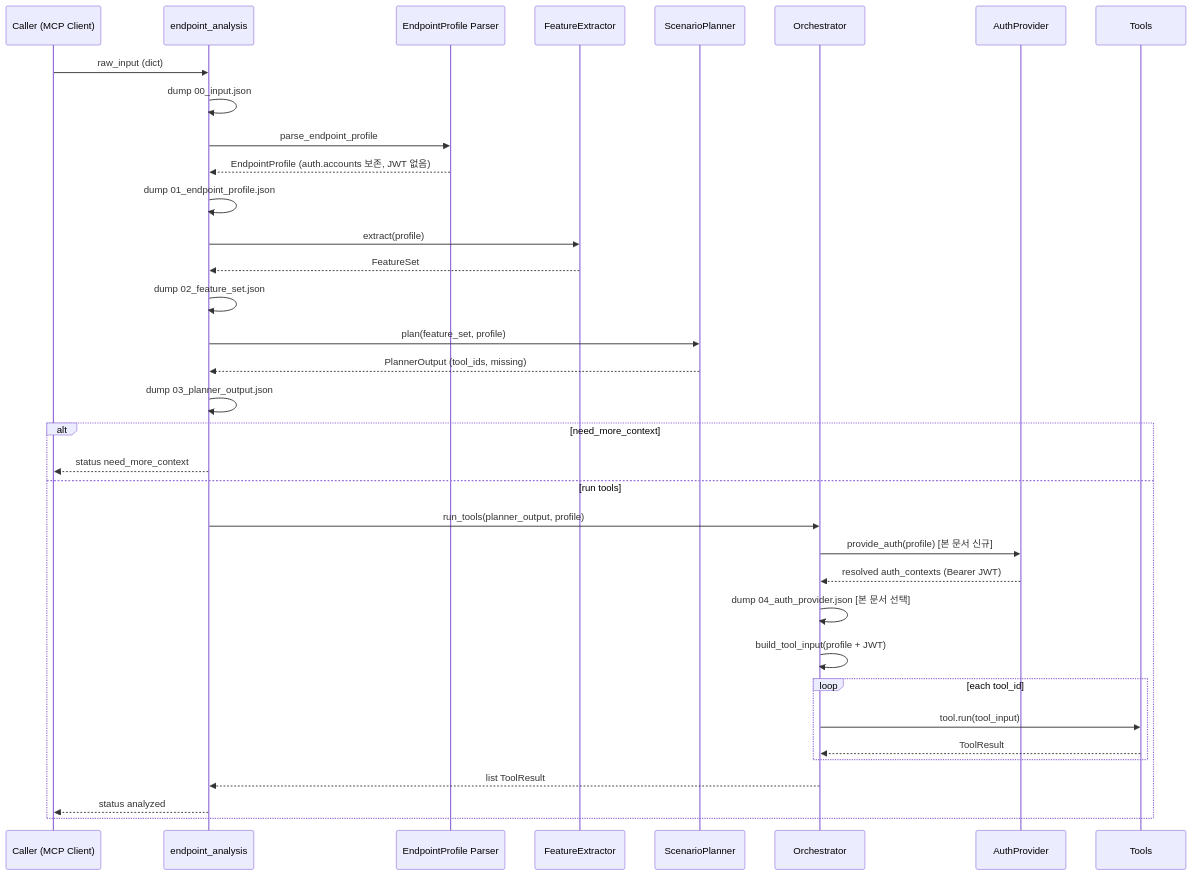
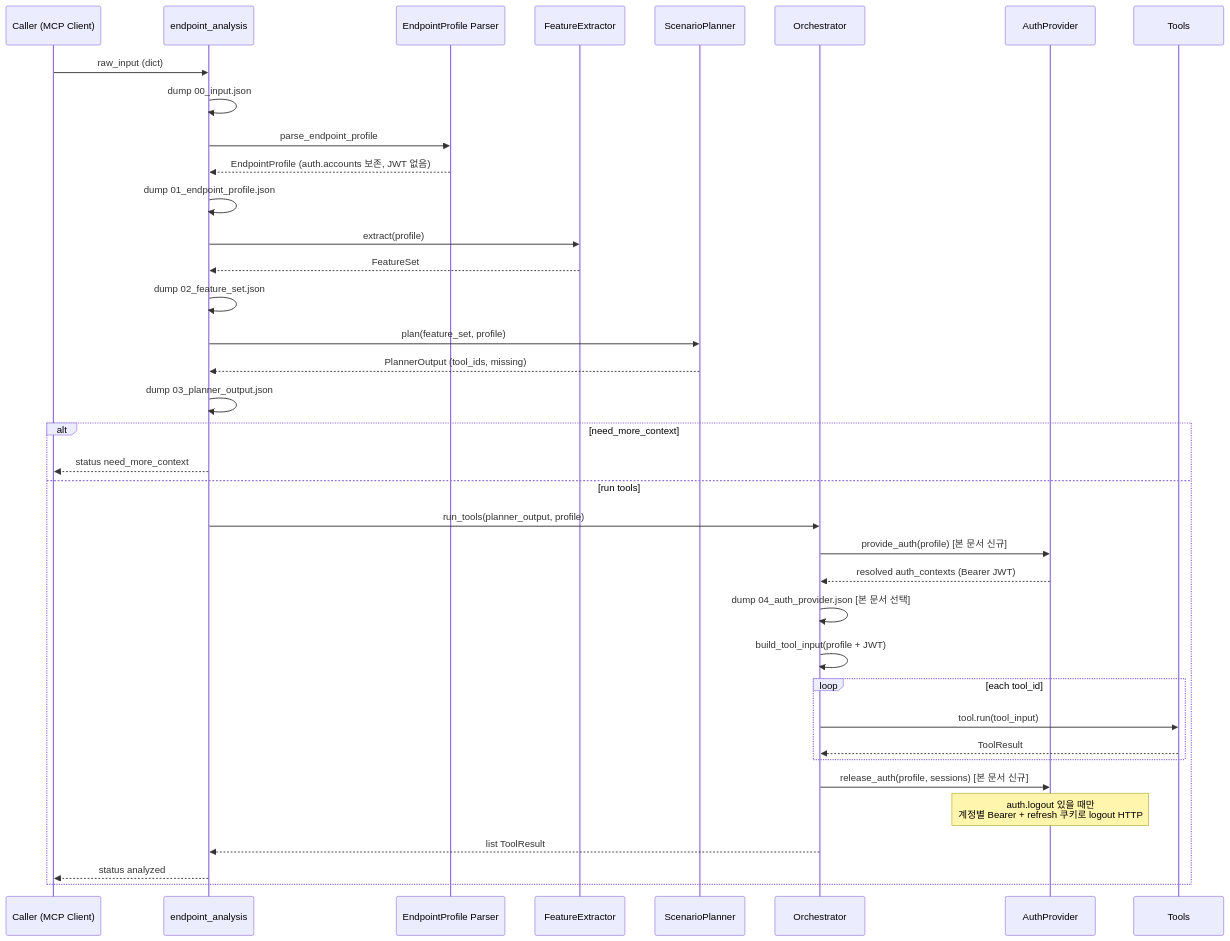
Before and after one commit to KTTechUp-Team304/VA_MCP: the diagram in docs/architecture/MCP_ARCHITECTURE_TOKEN.md, drawn with Mermaid. The commit also changed other lines of this file and 4 other files, not shown here.

````diff
--- a/docs/architecture/MCP_ARCHITECTURE_TOKEN.md
+++ b/docs/architecture/MCP_ARCHITECTURE_TOKEN.md
@@ -42,38 +43,40 @@
 ```mermaid
 sequenceDiagram
     participant U as Caller (MCP Client)
     participant EA as endpoint_analysis
     participant EP as EndpointProfile Parser
     participant FE as FeatureExtractor
     participant PL as ScenarioPlanner
     participant OR as Orchestrator
     participant AB as AuthProvider
     participant TL as Tools
 
     U->>EA: raw_input (dict)
     EA->>EA: dump 00_input.json
     EA->>EP: parse_endpoint_profile
     EP-->>EA: EndpointProfile (auth.accounts 보존, JWT 없음)
     EA->>EA: dump 01_endpoint_profile.json
     EA->>FE: extract(profile)
     FE-->>EA: FeatureSet
     EA->>EA: dump 02_feature_set.json
     EA->>PL: plan(feature_set, profile)
     PL-->>EA: PlannerOutput (tool_ids, missing)
     EA->>EA: dump 03_planner_output.json
     alt need_more_context
         EA-->>U: status need_more_context
     else run tools
         EA->>OR: run_tools(planner_output, profile)
         OR->>AB: provide_auth(profile) [본 문서 신규]
         AB-->>OR: resolved auth_contexts (Bearer JWT)
         OR->>OR: dump 04_auth_provider.json [본 문서 선택]
         OR->>OR: build_tool_input(profile + JWT)
         loop each tool_id
             OR->>TL: tool.run(tool_input)
             TL-->>OR: ToolResult
         end
+        OR->>AB: release_auth(profile, sessions) [본 문서 신규]
+        Note over AB: auth.logout 있을 때만<br/>계정별 Bearer + refresh 쿠키로 logout HTTP
         OR-->>EA: list ToolResult
         EA-->>U: status analyzed
     end
 ```
````
